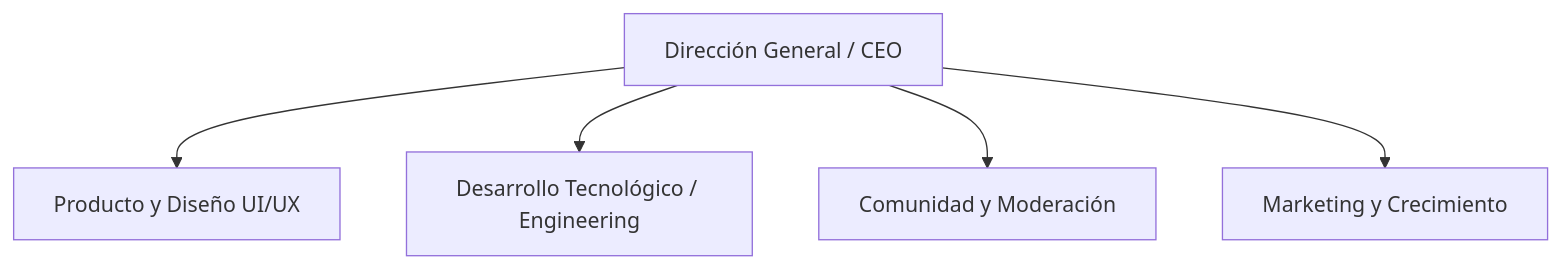
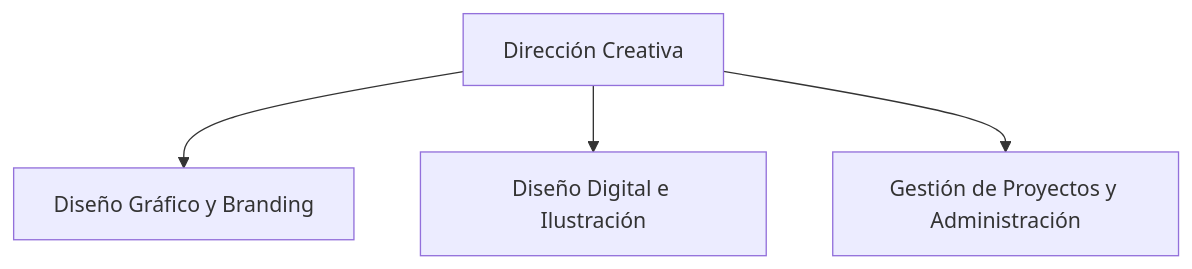
Before and after one commit to stephanydanieladiaz/proyecto-daw-diaz: the diagram in docs/01-analisis.md, drawn with Mermaid. The commit also changed other lines of this file, not shown here.

````diff
--- a/docs/01-analisis.md
+++ b/docs/01-analisis.md
@@ -18,7 +29,6 @@
 ```mermaid
 graph TD
-    A[Dirección General / CEO] --> B[Producto y Diseño UI/UX]
-    A --> C[Desarrollo Tecnológico / Engineering]
-    A --> D[Comunidad y Moderación]
-    A --> E[Marketing y Crecimiento]
+    A[Dirección Creativa] --> B[Diseño Gráfico y Branding]
+    A --> C[Diseño Digital e Ilustración]
+    A --> D[Gestión de Proyectos y Administración]
 ```
````
